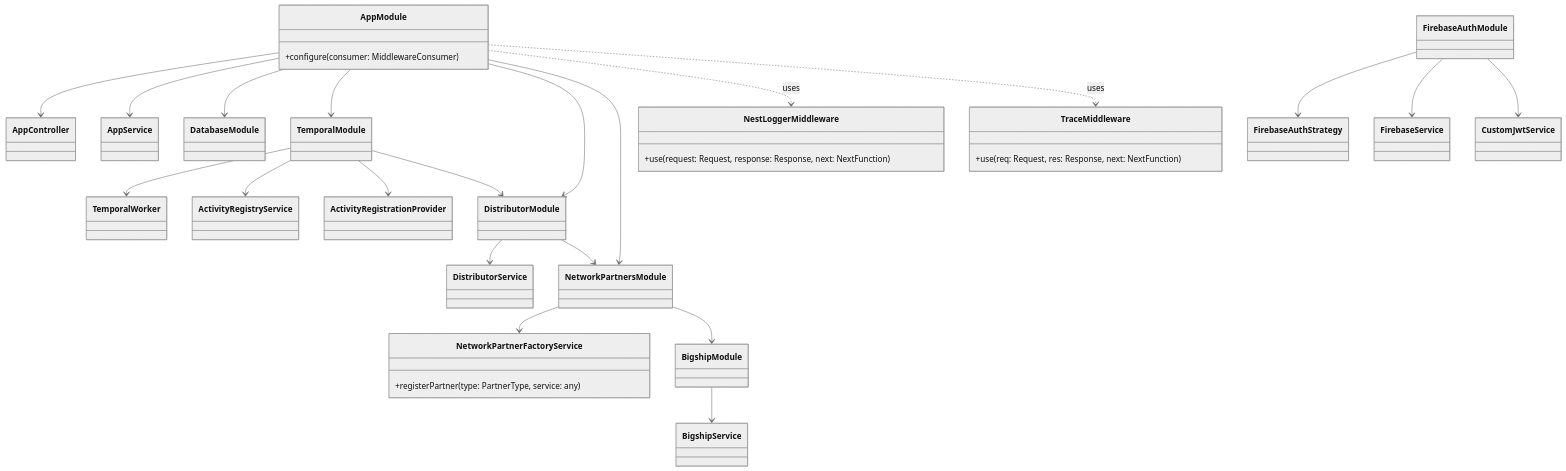
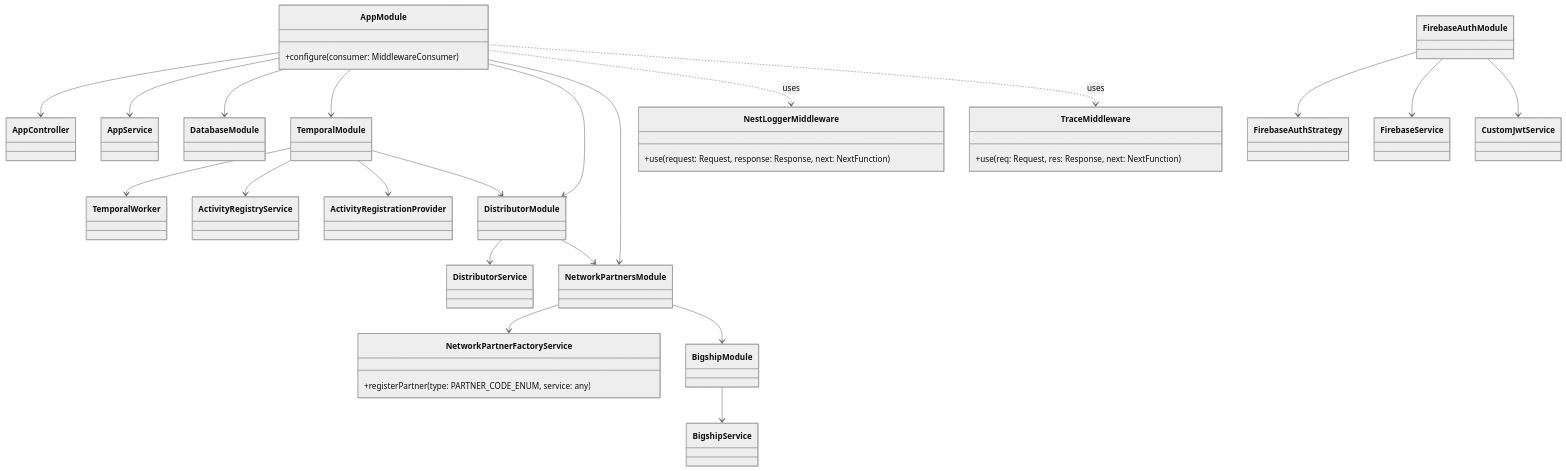
The diagram in docs/class-diagram.md (pratikahireprayog/distributor-service), drawn with Mermaid (neutral theme) before and after one commit. The commit also changed 28 other files, not shown here.

````diff
--- a/docs/class-diagram.md
+++ b/docs/class-diagram.md
@@ -3,72 +3,72 @@
 ```mermaid
 classDiagram
     %% Main Application Module
     class AppModule {
         +configure(consumer: MiddlewareConsumer)
     }
     class AppController
     class AppService
 
     %% Distributor Module
     class DistributorModule
     class DistributorService
 
     %% Network Partners Module
     class NetworkPartnersModule
     class NetworkPartnerFactoryService {
-        +registerPartner(type: PartnerType, service: any)
+        +registerPartner(type: PARTNER_CODE_ENUM, service: any)
     }
     class BigshipService
     class BigshipModule
 
     %% Temporal Module
     class TemporalModule
     class TemporalWorker
     class ActivityRegistryService
     class ActivityRegistrationProvider
 
     %% Database Module
     class DatabaseModule
 
     %% Authentication Module
     class FirebaseAuthModule
     class FirebaseAuthStrategy
     class FirebaseService
     class CustomJwtService
 
     %% Middleware
     class NestLoggerMiddleware {
         +use(request: Request, response: Response, next: NextFunction)
     }
     class TraceMiddleware {
         +use(req: Request, res: Response, next: NextFunction)
     }
 
     %% Relationships
     AppModule --> AppController
     AppModule --> AppService
     AppModule --> DatabaseModule
     AppModule --> TemporalModule
     AppModule --> DistributorModule
     AppModule --> NetworkPartnersModule
 
     DistributorModule --> DistributorService
     DistributorModule --> NetworkPartnersModule
 
     NetworkPartnersModule --> NetworkPartnerFactoryService
     NetworkPartnersModule --> BigshipModule
     BigshipModule --> BigshipService
 
     TemporalModule --> TemporalWorker
     TemporalModule --> ActivityRegistryService
     TemporalModule --> ActivityRegistrationProvider
     TemporalModule --> DistributorModule
 
     FirebaseAuthModule --> FirebaseAuthStrategy
     FirebaseAuthModule --> FirebaseService
     FirebaseAuthModule --> CustomJwtService
 
     %% Middleware Relationships
     AppModule ..> NestLoggerMiddleware : uses
     AppModule ..> TraceMiddleware : uses
 ```
````
